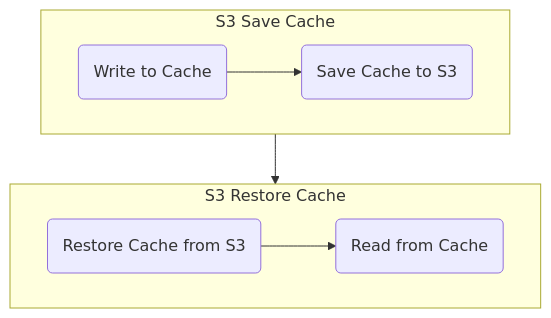
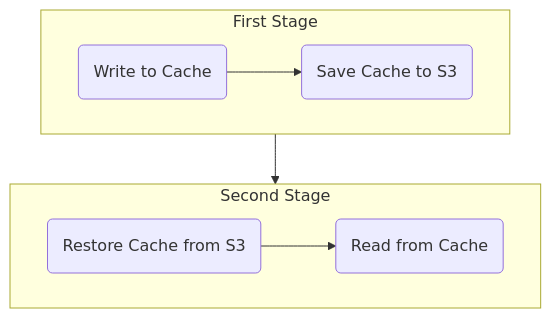
The third of 3 diagrams in docs/continuous-integration/use-ci/caching-ci-data/saving-cache.md (harness/developer-hub), drawn with Mermaid before and after one commit. The commit also changed other lines of this file, not shown here.

````diff
--- a/docs/continuous-integration/use-ci/caching-ci-data/saving-cache.md
+++ b/docs/continuous-integration/use-ci/caching-ci-data/saving-cache.md
@@ -208,14 +246,14 @@
 ```mermaid
 graph TD
-  accTitle: Multi-Stage Cloud Flow Chart
-  accDescr: Flow chart showing S3 cache usage across two stages
-  subgraph stage1[S3 Save Cache]
+  accTitle: Multi-Stage
+  accDescr: Diagram showing S3 cache usage across two stages
+  subgraph stage1[First Stage]
     A1(Write to Cache) --> B1
     B1(Save Cache to S3)
   end
   stage1 --> stage2
-  subgraph stage2[S3 Restore Cache]
+  subgraph stage2[Second Stage]
     A2(Restore Cache from S3) --> B2
     B2(Read from Cache)
   end
 ```
````
